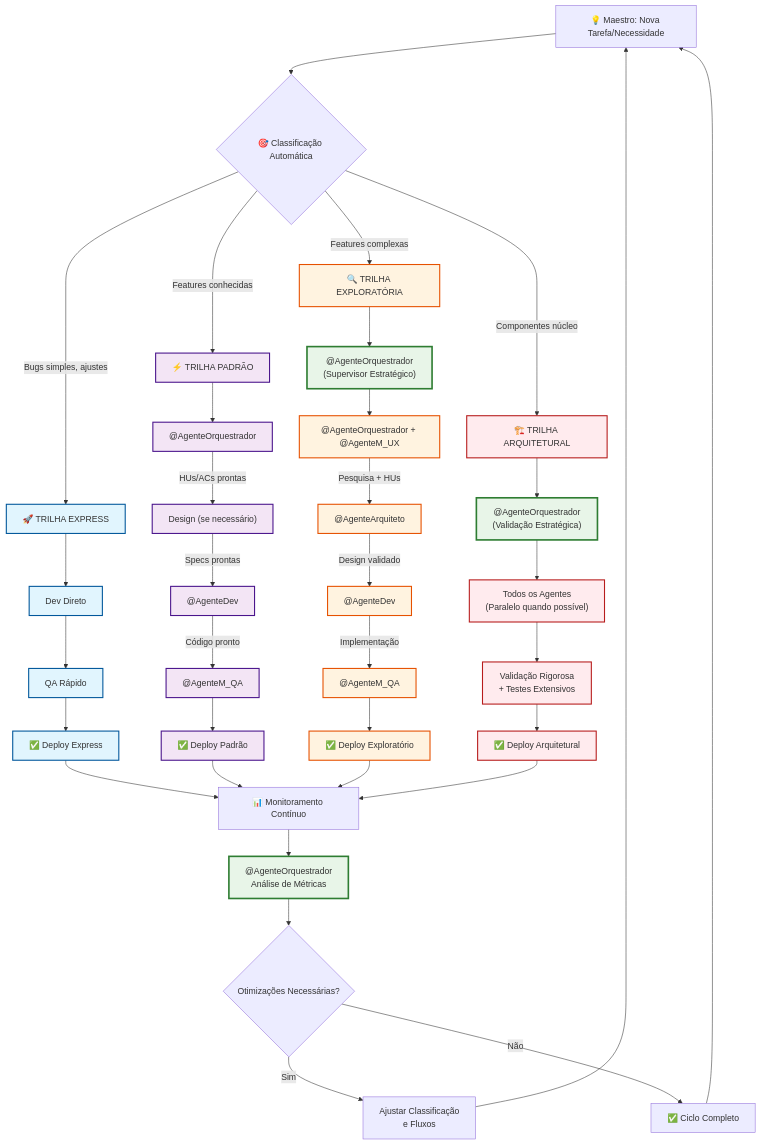
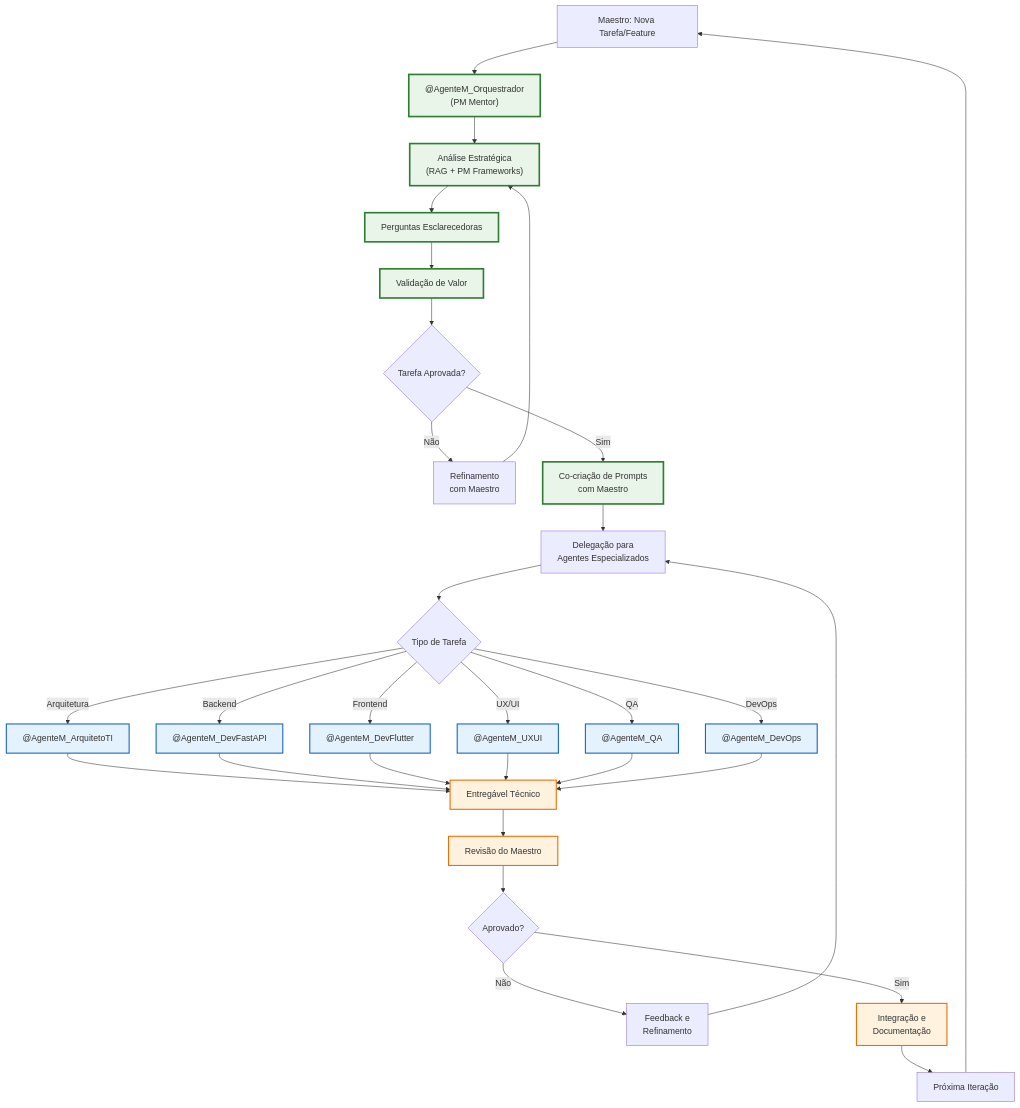
One commit to brunosrosa/recoloca-ai changed the first of 6 diagrams in docs/03_Arquitetura_e_Design/FLUXO_TRABALHO_GERAL.md. Above: the diagram before and after it, drawn with Mermaid. The commit also changed other lines of this file and 40 other files, not shown here.

````diff
--- a/docs/03_Arquitetura_e_Design/FLUXO_TRABALHO_GERAL.md
+++ b/docs/03_Arquitetura_e_Design/FLUXO_TRABALHO_GERAL.md
@@ -53,61 +59,49 @@
 ```mermaid
-flowchart TD
-    A["💡 Maestro: Nova Tarefa/Necessidade"] --> B{"🎯 Classificação Automática"}
+graph TD
+    A["Maestro: Nova Tarefa/Feature"] --> B["@AgenteM_Orquestrador\n(PM Mentor)"]
     
-    B -->|"Bugs simples, ajustes"| C1["🚀 TRILHA EXPRESS"]
-    B -->|"Features conhecidas"| C2["⚡ TRILHA PADRÃO"]
-    B -->|"Features complexas"| C3["🔍 TRILHA EXPLORATÓRIA"]
-    B -->|"Componentes núcleo"| C4["🏗️ TRILHA ARQUITETURAL"]
+    B --> B1["Análise Estratégica\n(RAG + PM Frameworks)"]
+    B1 --> B2["Perguntas Esclarecedoras"]
+    B2 --> B3["Validação de Valor"]
+    B3 --> B4{"Tarefa Aprovada?"}
     
-    %% TRILHA EXPRESS
-    C1 --> D1["Dev Direto"]
-    D1 --> E1["QA Rápido"]
-    E1 --> F1["✅ Deploy Express"]
+    B4 -->|"Não"| B5["Refinamento\ncom Maestro"]
+    B5 --> B1
     
-    %% TRILHA PADRÃO
-    C2 --> D2A["@AgenteOrquestrador"]
-    D2A -->|"HUs/ACs prontas"| D2B["Design (se necessário)"]
-    D2B -->|"Specs prontas"| D2C["@AgenteDev"]
-    D2C -->|"Código pronto"| D2D["@AgenteM_QA"]
-    D2D --> F2["✅ Deploy Padrão"]
+    B4 -->|"Sim"| C["Co-criação de Prompts\ncom Maestro"]
+    C --> D["Delegação para\nAgentes Especializados"]
     
-    %% TRILHA EXPLORATÓRIA
-    C3 --> D3A["@AgenteOrquestrador<br>(Supervisor Estratégico)"]
-    D3A --> D3B["@AgenteOrquestrador + @AgenteM_UX"]
-    D3B -->|"Pesquisa + HUs"| D3C["@AgenteArquiteto"]
-    D3C -->|"Design validado"| D3D["@AgenteDev"]
-    D3D -->|"Implementação"| D3E["@AgenteM_QA"]
-    D3E --> F3["✅ Deploy Exploratório"]
+    D --> E{"Tipo de Tarefa"}
     
-    %% TRILHA ARQUITETURAL
-    C4 --> D4A["@AgenteOrquestrador<br>(Validação Estratégica)"]
-    D4A --> D4B["Todos os Agentes<br>(Paralelo quando possível)"]
-    D4B --> D4C["Validação Rigorosa<br>+ Testes Extensivos"]
-    D4C --> F4["✅ Deploy Arquitetural"]
+    E -->|"Arquitetura"| F["@AgenteM_ArquitetoTI"]
+    E -->|"Backend"| G["@AgenteM_DevFastAPI"]
+    E -->|"Frontend"| H["@AgenteM_DevFlutter"]
+    E -->|"UX/UI"| I["@AgenteM_UXUI"]
+    E -->|"QA"| J["@AgenteM_QA"]
+    E -->|"DevOps"| K["@AgenteM_DevOps"]
     
-    %% FEEDBACK E MONITORAMENTO
-    F1 --> G["📊 Monitoramento Contínuo"]
-    F2 --> G
-    F3 --> G
-    F4 --> G
+    F --> L["Entregável Técnico"]
+    G --> L
+    H --> L
+    I --> L
+    J --> L
+    K --> L
     
-    G --> H["@AgenteOrquestrador<br>Análise de Métricas"]
-    H --> I{"Otimizações Necessárias?"}
-    I -->|"Sim"| J["Ajustar Classificação<br>e Fluxos"]
-    I -->|"Não"| K["✅ Ciclo Completo"]
-    J --> A
-    K --> A
+    L --> M["Revisão do Maestro"]
+    M --> N{"Aprovado?"}
     
-    %% ESTILOS
-    classDef express fill:#e1f5fe,stroke:#01579b,stroke-width:2px
-    classDef padrao fill:#f3e5f5,stroke:#4a148c,stroke-width:2px
-    classDef exploratoria fill:#fff3e0,stroke:#e65100,stroke-width:2px
-    classDef arquitetural fill:#ffebee,stroke:#b71c1c,stroke-width:2px
-    classDef supervisor fill:#e8f5e8,stroke:#2e7d32,stroke-width:3px
+    N -->|"Não"| O["Feedback e\nRefinamento"]
+    O --> D
     
-    class C1,D1,E1,F1 express
-    class C2,D2A,D2B,D2C,D2D,F2 padrao
-    class C3,D3B,D3C,D3D,D3E,F3 exploratoria
-    class C4,D4B,D4C,F4 arquitetural
-    class D3A,D4A,H supervisor
+    N -->|"Sim"| P["Integração e\nDocumentação"]
+    P --> Q["Próxima Iteração"]
+    Q --> A
+    
+    classDef orchestrator fill:#e8f5e8,stroke:#2e7d32,stroke-width:3px
+    classDef specialist fill:#e3f2fd,stroke:#1565c0,stroke-width:2px
+    classDef process fill:#fff3e0,stroke:#ef6c00,stroke-width:2px
+    
+    class B,B1,B2,B3,C orchestrator
+    class F,G,H,I,J,K specialist
+    class L,M,P process
 ```
````
